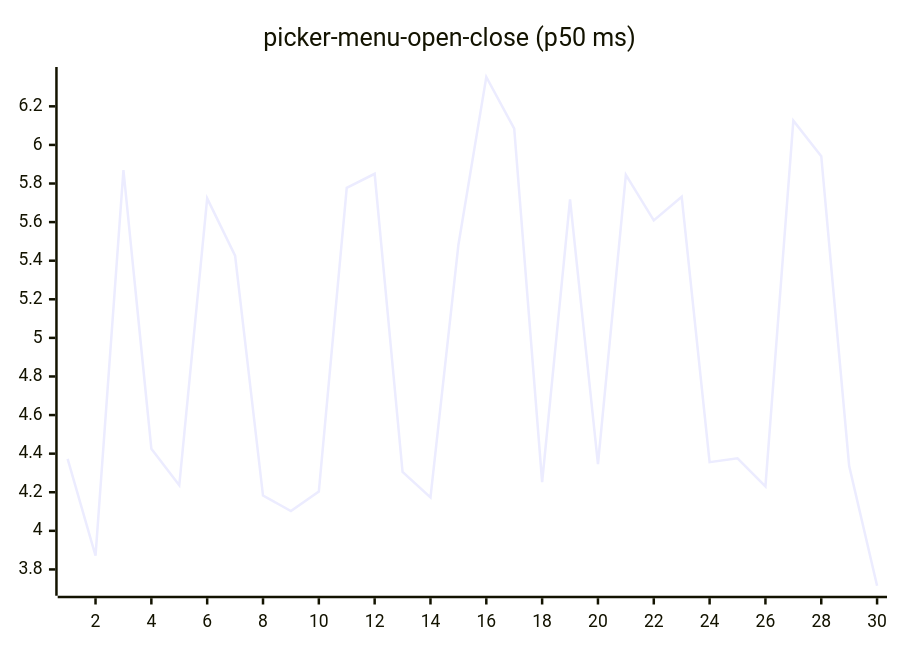
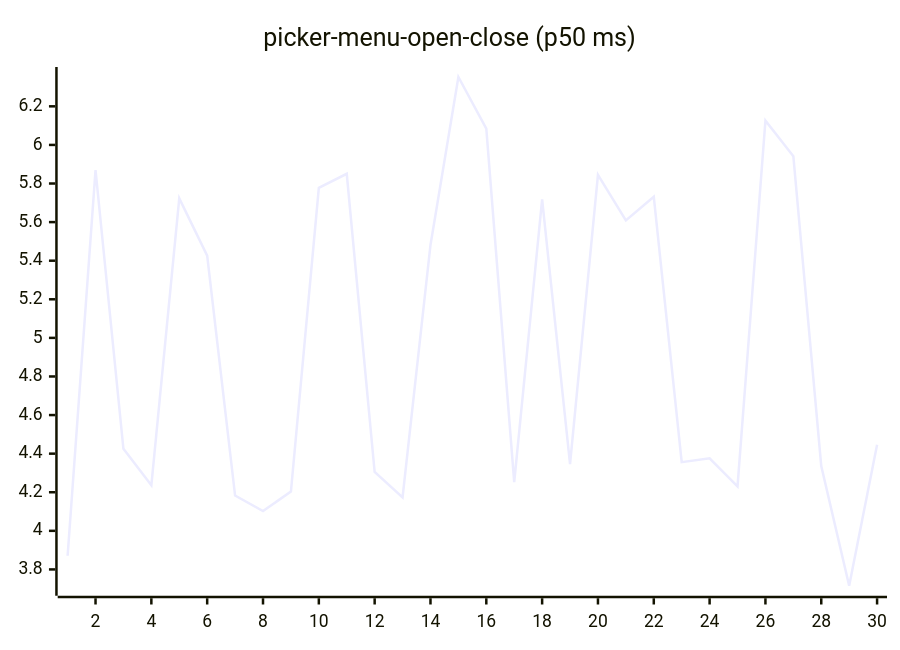
Before and after one commit to josha/Facet: diagram 16 of 27 in README.md, drawn with Mermaid. The commit also changed other lines of this file and 2 other files, not shown here.

````diff
--- a/README.md
+++ b/README.md
@@ -168,6 +168,6 @@
 ```mermaid
 xychart-beta
     title "picker-menu-open-close (p50 ms)"
     x-axis 1 --> 30
-    line [4.3733, 3.8708, 5.8694, 4.4248, 4.2362, 5.7230, 5.4264, 4.1828, 4.1028, 4.2034, 5.7775, 5.8503, 4.3049, 4.1731, 5.4814, 6.3520, 6.0839, 4.2522, 5.7175, 4.3452, 5.8449, 5.6085, 5.7317, 4.3559, 4.3756, 4.2307, 6.1258, 5.9413, 4.3353, 3.7154]
+    line [3.8708, 5.8694, 4.4248, 4.2362, 5.7230, 5.4264, 4.1828, 4.1028, 4.2034, 5.7775, 5.8503, 4.3049, 4.1731, 5.4814, 6.3520, 6.0839, 4.2522, 5.7175, 4.3452, 5.8449, 5.6085, 5.7317, 4.3559, 4.3756, 4.2307, 6.1258, 5.9413, 4.3353, 3.7154, 4.4466]
 ```
````
